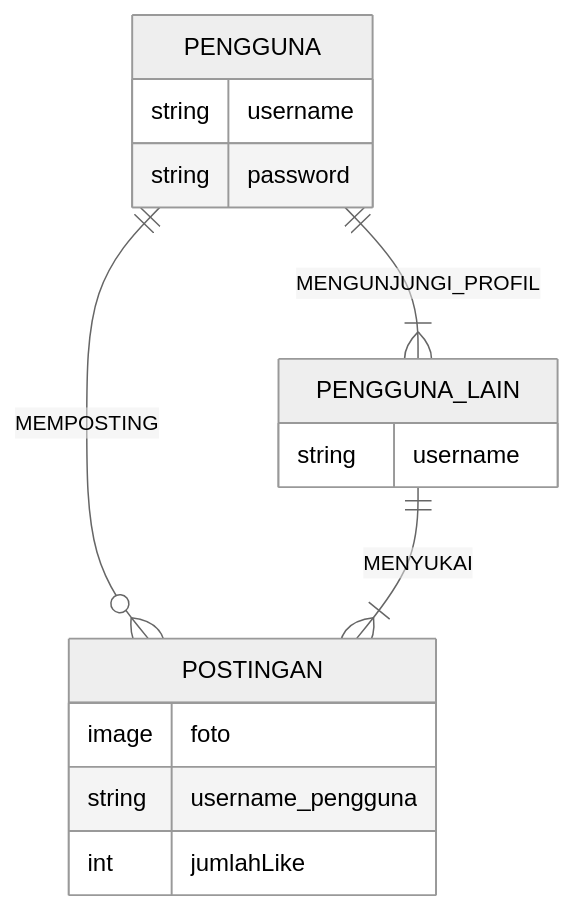
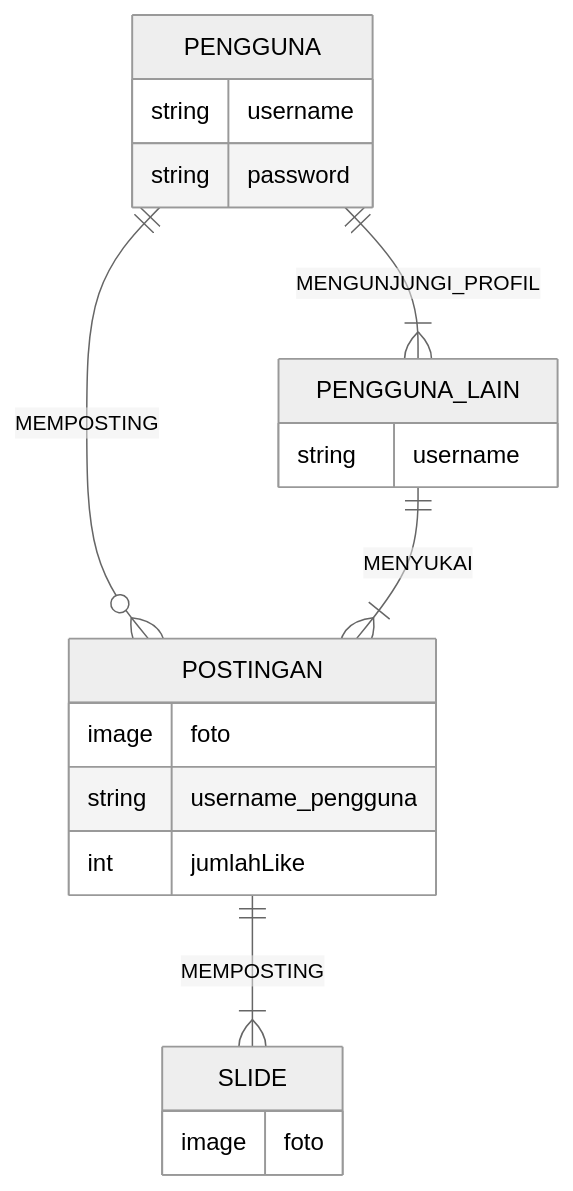
Before and after one commit to naabilahkarim/UTS-IF-NABILAHKARIM: the diagram in uts.md, drawn with Mermaid (neutral theme).

````diff
--- a/uts.md
+++ b/uts.md
@@ -53,21 +53,25 @@
 ```mermaid
 erDiagram
     PENGGUNA ||--o{ POSTINGAN : MEMPOSTING
     PENGGUNA {
       string username
       string password
     }
 
     PENGGUNA_LAIN ||--|{ POSTINGAN : MENYUKAI
     PENGGUNA_LAIN {
       string username
 
     }
 
     POSTINGAN {
       image foto
       string username_pengguna
       int jumlahLike
     }
     PENGGUNA ||--|{ PENGGUNA_LAIN : MENGUNJUNGI_PROFIL
+    POSTINGAN ||--|{ SLIDE : MEMPOSTING
+    SLIDE{
+        image foto
+    }
 ```
````
